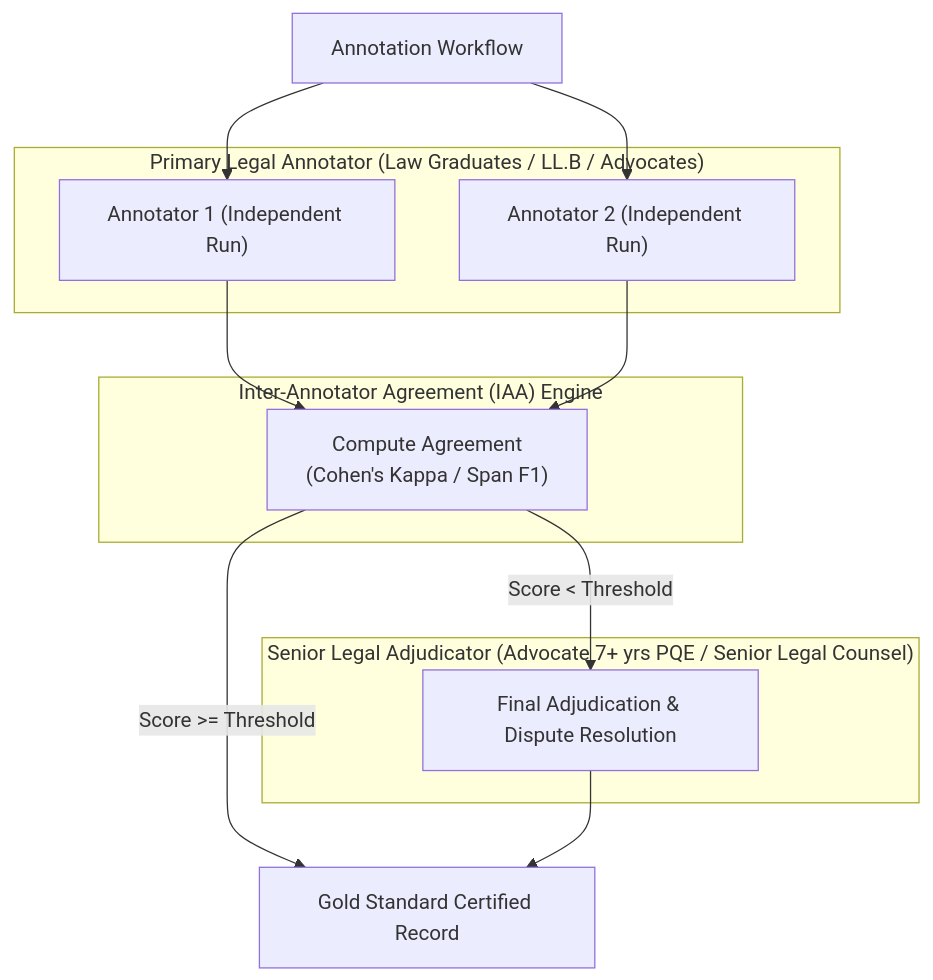
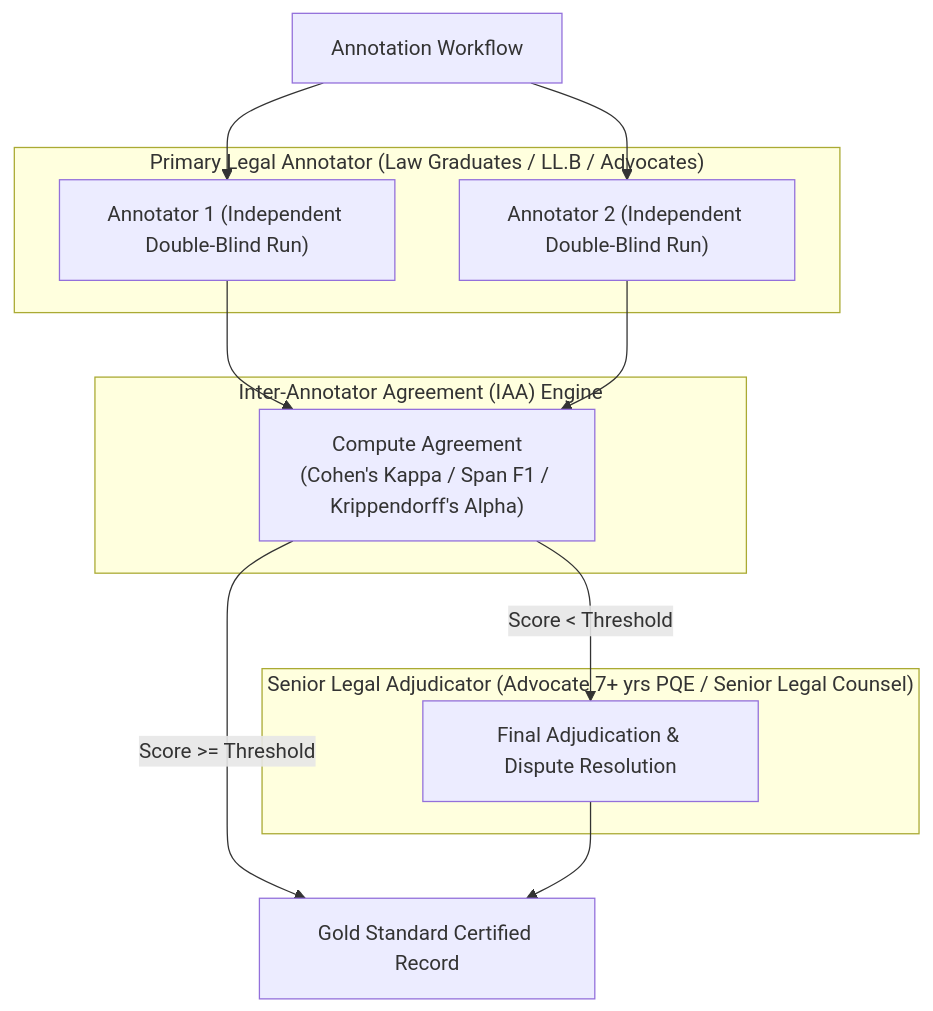
The diagram in 06_ANNOTATION_GUIDELINES.md (Yatharthnagpal/review), drawn with Mermaid before and after one commit. The commit also changed other lines of this file and 18 other files, not shown here.

````diff
--- a/06_ANNOTATION_GUIDELINES.md
+++ b/06_ANNOTATION_GUIDELINES.md
@@ -22,26 +23,26 @@
 ```mermaid
 flowchart TD
     AnnotatorPool["Annotation Workflow"]
     
     subgraph Tier1["Primary Legal Annotator (Law Graduates / LL.B / Advocates)"]
-        A1["Annotator 1 (Independent Run)"]
-        A2["Annotator 2 (Independent Run)"]
+        A1["Annotator 1 (Independent Double-Blind Run)"]
+        A2["Annotator 2 (Independent Double-Blind Run)"]
     end
 
     subgraph Evaluation["Inter-Annotator Agreement (IAA) Engine"]
-        IAA["Compute Agreement<br/>(Cohen's Kappa / Span F1)"]
+        IAA["Compute Agreement<br/>(Cohen's Kappa / Span F1 / Krippendorff's Alpha)"]
     end
 
     subgraph Tier2["Senior Legal Adjudicator (Advocate 7+ yrs PQE / Senior Legal Counsel)"]
         Adjudicator["Final Adjudication & Dispute Resolution"]
     end
 
     GoldRecord["Gold Standard Certified Record"]
 
     AnnotatorPool --> A1
     AnnotatorPool --> A2
     A1 & A2 --> IAA
     IAA -->|"Score >= Threshold"| GoldRecord
     IAA -->|"Score < Threshold"| Adjudicator
     Adjudicator --> GoldRecord
 ```
````
